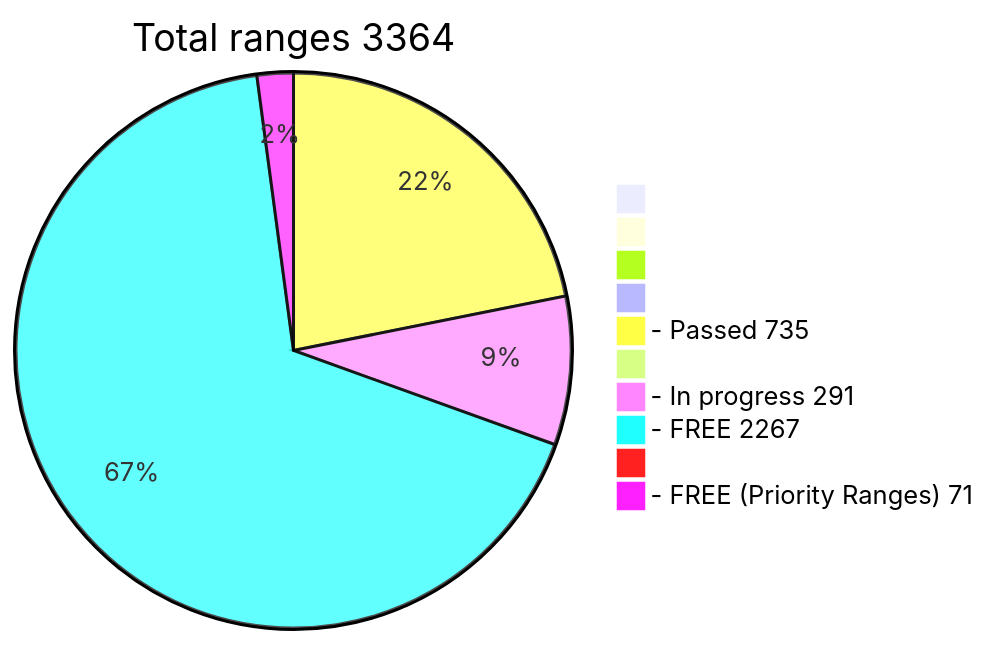
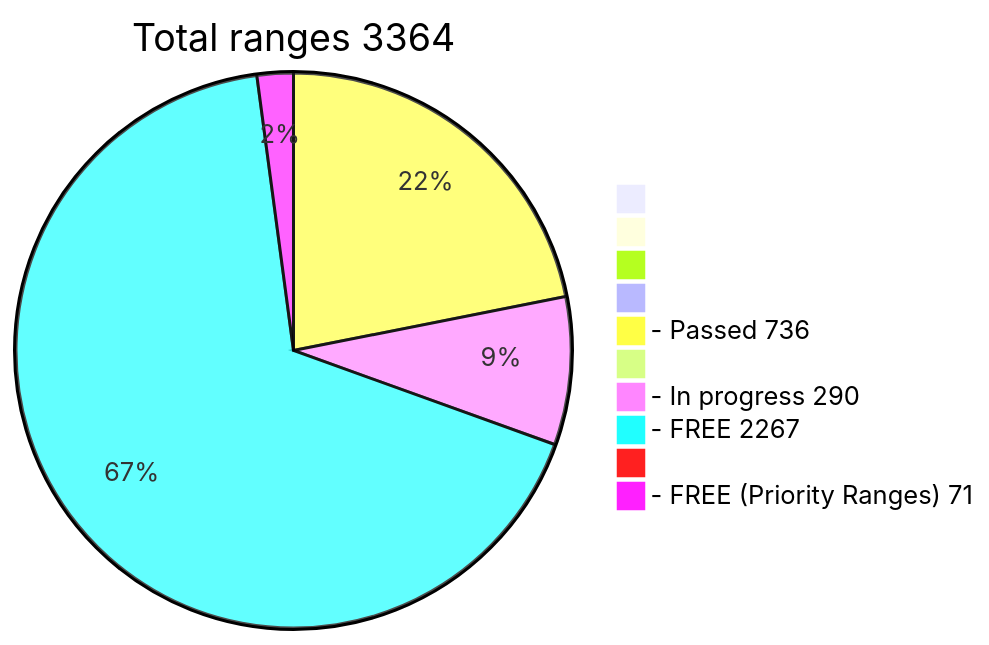
Before and after one commit to phrutis/wif500: the diagram in README.md, drawn with Mermaid.

````diff
--- a/README.md
+++ b/README.md
@@ -16,13 +16,13 @@
 ```mermaid
 pie title Total ranges 3364
              " " : 0
             "  " : 0
            "   " : 0
           "    " : 0
-  "- Passed 735" : 735
+  "- Passed 736" : 736
          "     " : 0
-  "- In progress 291" : 291
+  "- In progress 290" : 290
    "- FREE 2267" : 2267
         "      " : 0
   "- FREE (Priority Ranges) 71" : 71
 ```
````
